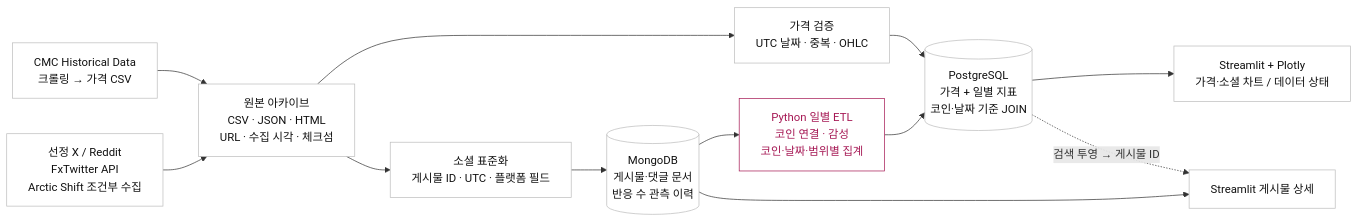
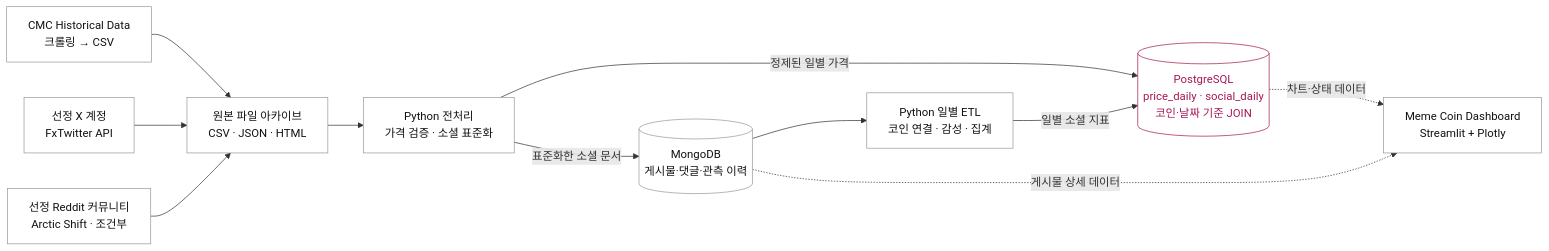
Before and after one commit to Basten1209/idsc501: the first of 2 diagrams in architecture/system-design.md, drawn with Mermaid. The commit also changed other lines of this file and 8 other files, not shown here.

````diff
--- a/architecture/system-design.md
+++ b/architecture/system-design.md
@@ -26,18 +26,17 @@
 ```mermaid
 flowchart LR
-    C["CMC Historical Data<br/>크롤링 → 가격 CSV"] --> RAW["원본 아카이브<br/>CSV · JSON · HTML<br/>URL · 수집 시각 · 체크섬"]
-    S["선정 X / Reddit<br/>FxTwitter API<br/>Arctic Shift 조건부 수집"] --> RAW
-    RAW --> V["가격 검증<br/>UTC 날짜 · 중복 · OHLC"]
-    RAW --> N["소셜 표준화<br/>게시물 ID · UTC · 플랫폼 필드"]
-    V --> PG[("PostgreSQL<br/>가격 + 일별 지표<br/>코인·날짜 기준 JOIN")]
-    N --> M[("MongoDB<br/>게시물·댓글 문서<br/>반응 수 관측 이력")]
-    M --> ETL["Python 일별 ETL<br/>코인 연결 · 감성<br/>코인·날짜·범위별 집계"]
-    ETL --> PG
-    PG --> CH["Streamlit + Plotly<br/>가격·소셜 차트 / 데이터 상태"]
-    M --> DETAIL["Streamlit 게시물 상세"]
-    PG -. "검색 투영 → 게시물 ID" .-> DETAIL
-    classDef plain fill:#FFFFFF,stroke:#BDBDBD,color:#111111;
+    C["CMC Historical Data<br/>크롤링 → CSV"] --> RAW["원본 파일 아카이브<br/>CSV · JSON · HTML"]
+    X["선정 X 계정<br/>FxTwitter API"] --> RAW
+    R["선정 Reddit 커뮤니티<br/>Arctic Shift · 조건부"] --> RAW
+    RAW --> P["Python 전처리<br/>가격 검증 · 소셜 표준화"]
+    P -- "정제된 일별 가격" --> PG[("PostgreSQL<br/>price_daily · social_daily<br/>코인·날짜 기준 JOIN")]
+    P -- "표준화한 소셜 문서" --> M[("MongoDB<br/>게시물·댓글·관측 이력")]
+    M --> ETL["Python 일별 ETL<br/>코인 연결 · 감성 · 집계"]
+    ETL -- "일별 소셜 지표" --> PG
+    PG -. "차트·상태 데이터" .-> APP["Meme Coin Dashboard<br/>Streamlit + Plotly"]
+    M -. "게시물 상세 데이터" .-> APP
+    classDef plain fill:#FFFFFF,stroke:#999999,color:#111111;
     classDef accent fill:#FFFFFF,stroke:#A61955,color:#A61955;
-    class C,S,RAW,V,N,PG,M,CH,DETAIL plain;
-    class ETL accent;
+    class C,X,R,RAW,P,M,ETL,APP plain;
+    class PG accent;
 ```
````
